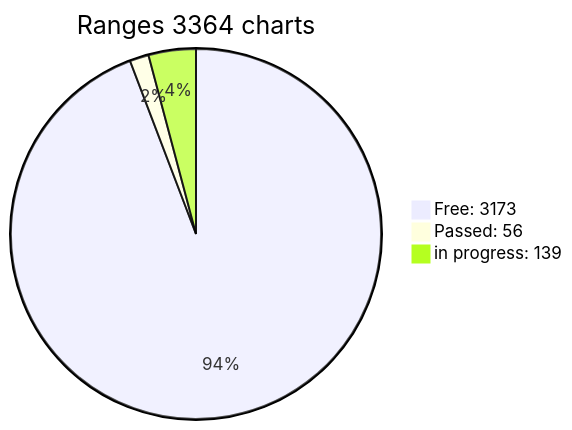
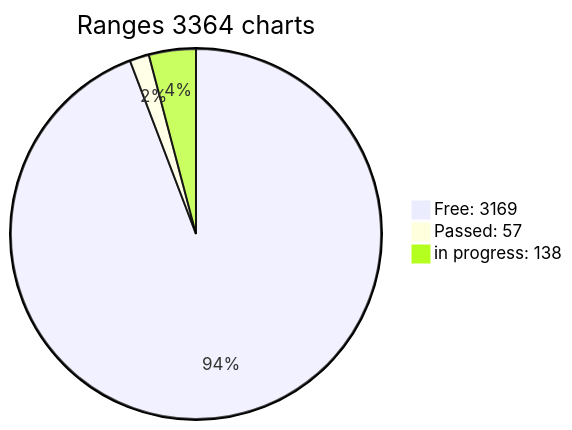
The diagram in x64/Release/table.md (jonlloner/wif500), drawn with Mermaid before and after one commit.

````diff
--- a/x64/Release/table.md
+++ b/x64/Release/table.md
@@ -42,6 +42,6 @@
 ```mermaid
 pie title Ranges 3364 charts
-"Free: 3173" : 3169
-"Passed: 56" : 56
-"in progress: 139" : 139
+"Free: 3169" : 3169
+"Passed: 57" : 57
+"in progress: 138" : 138
 ```  
````
